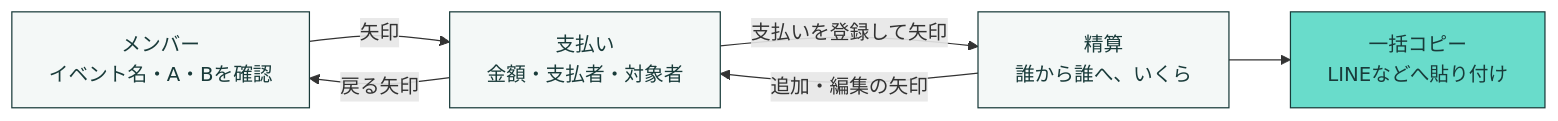
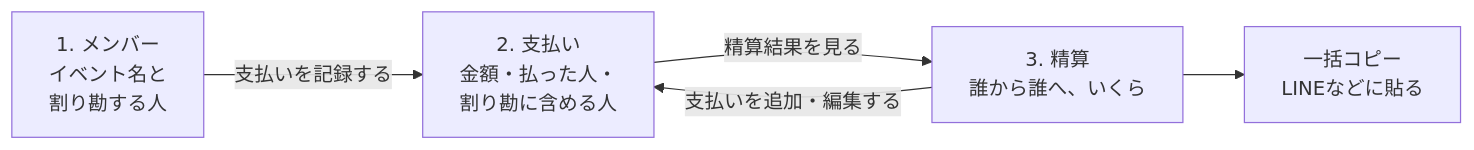
Before and after one commit to bright-broom/warica: the first of 3 diagrams in README.md, drawn with Mermaid. The commit also changed other lines of this file and 8 other files, not shown here.

````diff
--- a/README.md
+++ b/README.md
@@ -38,12 +36,7 @@
 ```mermaid
 flowchart LR
-    M["メンバー<br/>イベント名・A・Bを確認"] -->|矢印| P["支払い<br/>金額・支払者・対象者"]
-    P -->|戻る矢印| M
-    P -->|支払いを登録して矢印| R["精算<br/>誰から誰へ、いくら"]
-    R -->|追加・編集の矢印| P
-    R --> C["一括コピー<br/>LINEなどへ貼り付け"]
-    classDef base fill:#F4F8F7,stroke:#193B3A,color:#193B3A;
-    classDef accent fill:#69DCCB,stroke:#193B3A,color:#193B3A;
-    class M,P,R base;
-    class C accent;
+    M["1. メンバー<br/>イベント名と<br/>割り勘する人"] -->|支払いを記録する| P["2. 支払い<br/>金額・払った人・<br/>割り勘に含める人"]
+    P -->|精算結果を見る| R["3. 精算<br/>誰から誰へ、いくら"]
+    R -->|支払いを追加・編集する| P
+    R --> C["一括コピー<br/>LINEなどに貼る"]
 ```
````
